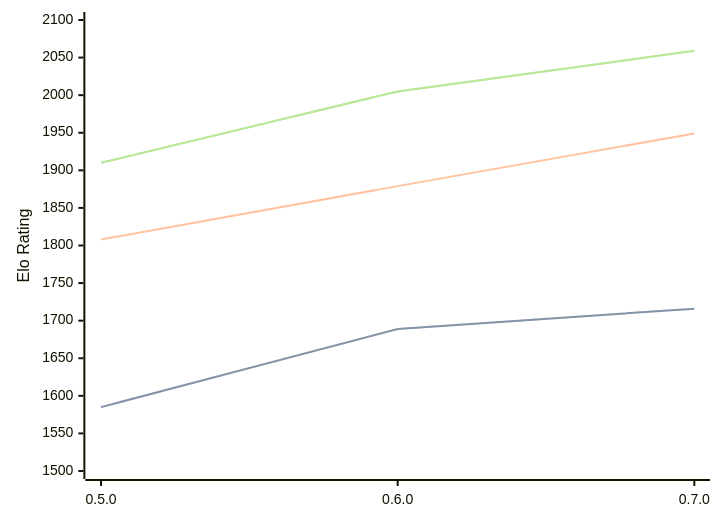
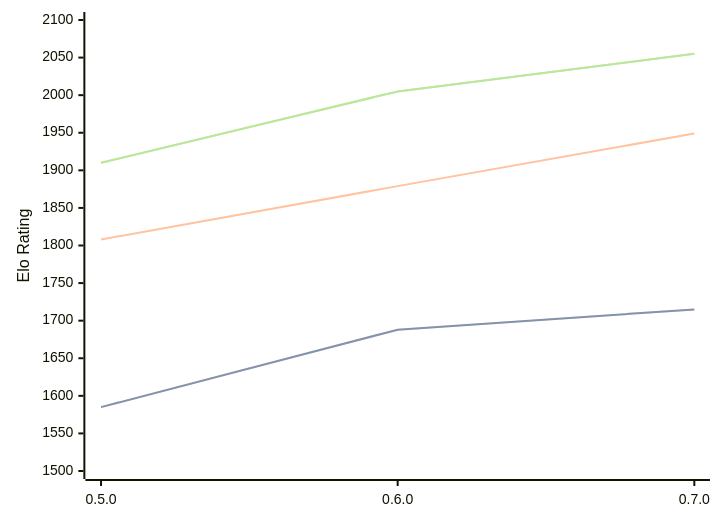
One commit to computer-chess-index/cci changed the diagram in engines/Chess-rs.md. Above: the diagram before and after it, drawn with Mermaid. The commit also changed other lines of this file, not shown here.

Commit message:
Update CCI Ratings (ELO VLTC) - 2026-04-12

````diff
--- a/engines/Chess-rs.md
+++ b/engines/Chess-rs.md
@@ -41,11 +41,11 @@
 ```mermaid
 %%{init: {"theme":"base","themeVariables":{"seriesColors:['#a3a3a3','#222221','#faa371']}}}%%
 xychart-beta
   x-axis ["0.5.0", "0.6.0", "0.7.0"]
   y-axis "Elo Rating" 1500 --> 2100
-  line "STC (8.0+0.08s)" [1585, 1689, 1716]
-  line "STC (8.0+0.08s)" [1585, 1689, 1716]
+  line "STC (8.0+0.08s)" [1585, 1688, 1715]
+  line "STC (8.0+0.08s)" [1585, 1688, 1715]
   line "LTC (60.0+0.60s)" [1808, 1879, 1949]
-  line "VLTC (2m24s+1.12s)" [1910, 2005, 2059]
-  line "VLTC (2m24s+1.12s)" [1910, 2005, 2059]
+  line "VLTC (2m24s+1.12s)" [1910, 2005, 2055]
+  line "VLTC (2m24s+1.12s)" [1910, 2005, 2055]
 ```
````
